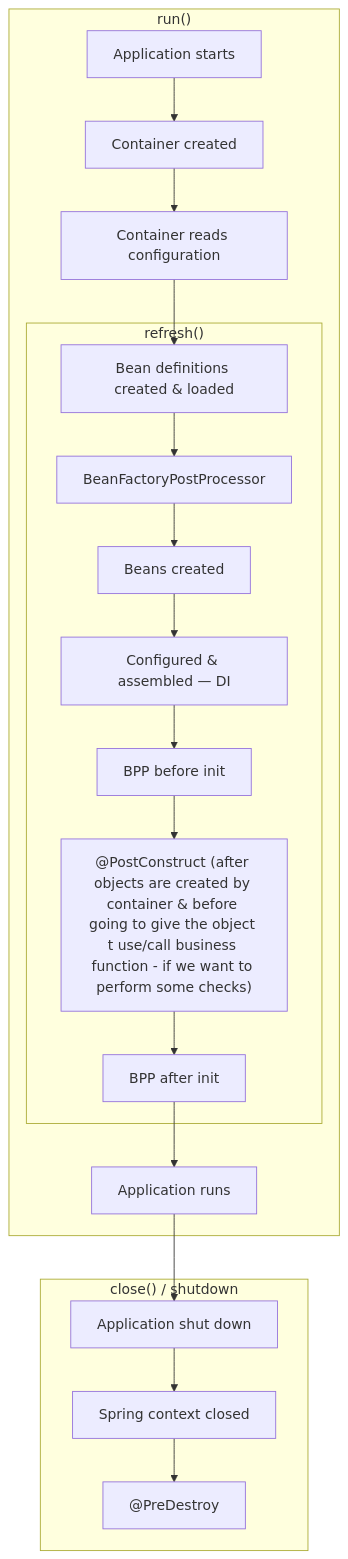
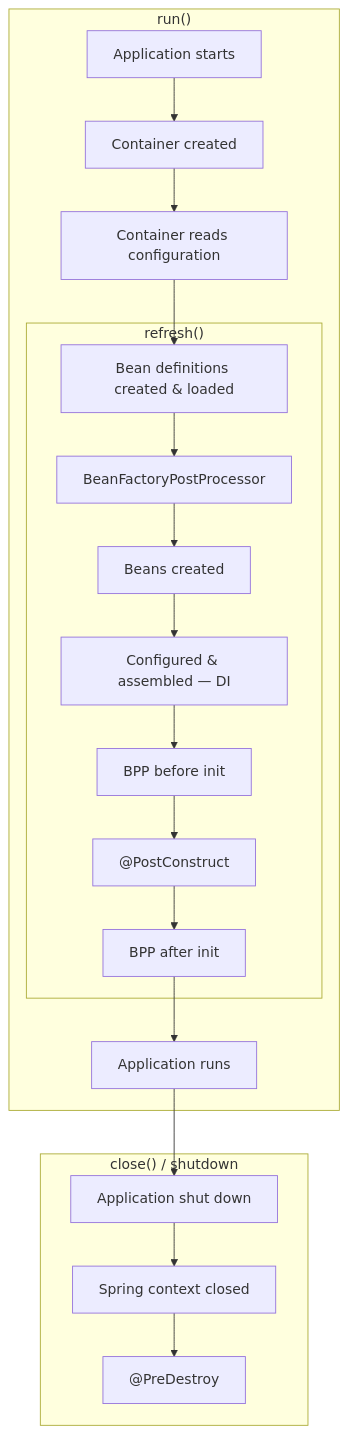
The first of 3 diagrams in 02-ioc-di/BEAN-SCOPE-AND-LIFECYCLE.md (pradhansoumik/SPRING_BOOT_CONCEPTS), drawn with Mermaid before and after one commit.

Commit message:
High Level Flow digram

````diff
--- a/02-ioc-di/BEAN-SCOPE-AND-LIFECYCLE.md
+++ b/02-ioc-di/BEAN-SCOPE-AND-LIFECYCLE.md
@@ -39,23 +39,23 @@
 ```mermaid
 flowchart TB
   subgraph RUN["run()"]
     A["Application starts"] --> B["Container created"]
     B --> C["Container reads configuration"]
     subgraph REF["refresh()"]
       D["Bean definitions created & loaded"]
       D --> E["BeanFactoryPostProcessor"]
       E --> F["Beans created"]
       F --> G["Configured & assembled — DI"]
       G --> H["BPP before init"]
-      H --> I["@PostConstruct (after objects are created by container & before going to give the object t use/call business function - if we want to perform some checks)"]
+      H --> I["@PostConstruct"]
       I --> J["BPP after init"]
     end
     C --> D
     J --> K["Application runs"]
   end
   K --> L["Application shut down"]
   subgraph CLS["close() / shutdown"]
     L --> M["Spring context closed"]
     M --> N["@PreDestroy"]
   end
 ```
````
